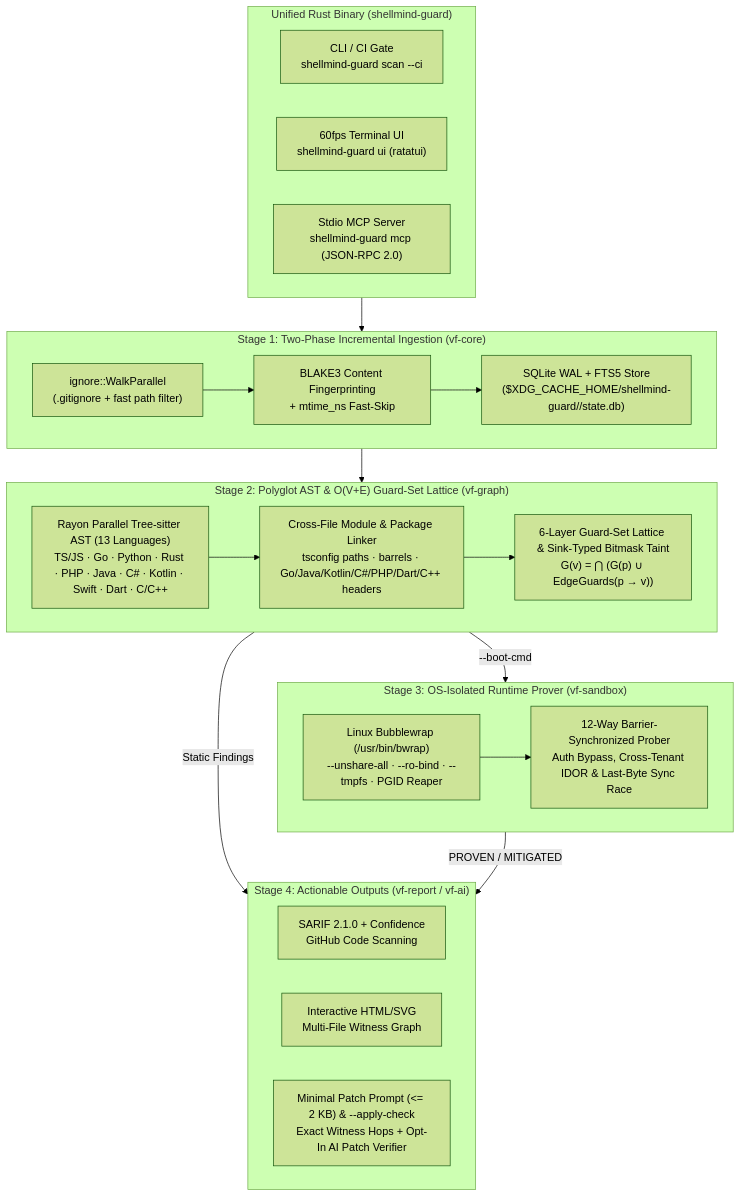
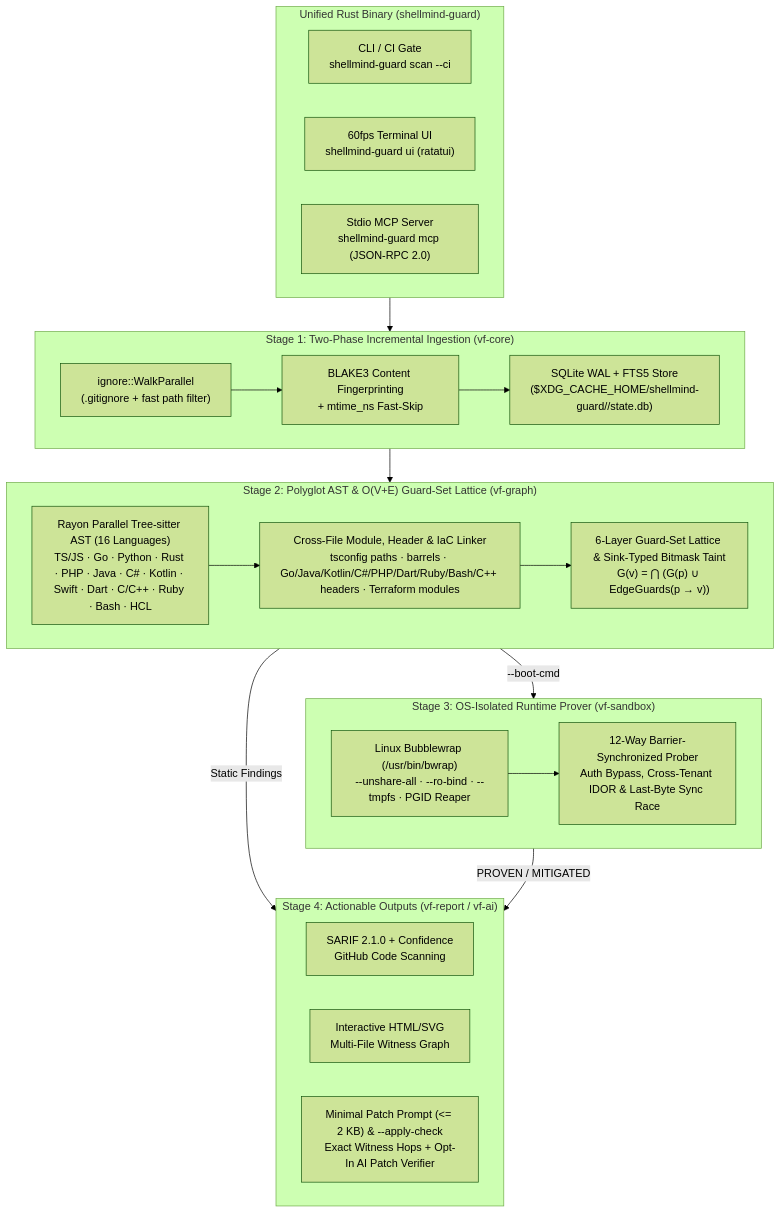
The diagram in README.md (qira-dev/ShellMind-Guard), drawn with Mermaid (forest theme) before and after one commit. The commit also changed other lines of this file and 13 other files, not shown here.

Commit message:
feat(phase8): add Ruby, Bash, and Terraform/HCL AST extractors

````diff
--- a/README.md
+++ b/README.md
@@ -43,39 +43,39 @@
 ```mermaid
 flowchart TD
     subgraph CLI["Unified Rust Binary (shellmind-guard)"]
         A1["CLI / CI Gate\nshellmind-guard scan --ci"]
         A2["60fps Terminal UI\nshellmind-guard ui (ratatui)"]
         A3["Stdio MCP Server\nshellmind-guard mcp (JSON-RPC 2.0)"]
     end
 
     subgraph S1["Stage 1: Two-Phase Incremental Ingestion (vf-core)"]
         B1["ignore::WalkParallel\n(.gitignore + fast path filter)"]
         B2["BLAKE3 Content Fingerprinting\n+ mtime_ns Fast-Skip"]
         B3["SQLite WAL + FTS5 Store\n($XDG_CACHE_HOME/shellmind-guard/<hash>/state.db)"]
         B1 --> B2 --> B3
     end
 
     subgraph S2["Stage 2: Polyglot AST & O(V+E) Guard-Set Lattice (vf-graph)"]
-        C1["Rayon Parallel Tree-sitter AST (13 Languages)\nTS/JS · Go · Python · Rust · PHP · Java · C# · Kotlin · Swift · Dart · C/C++"]
-        C2["Cross-File Module & Package Linker\ntsconfig paths · barrels · Go/Java/Kotlin/C#/PHP/Dart/C++ headers"]
+        C1["Rayon Parallel Tree-sitter AST (16 Languages)\nTS/JS · Go · Python · Rust · PHP · Java · C# · Kotlin · Swift · Dart · C/C++ · Ruby · Bash · HCL"]
+        C2["Cross-File Module, Header & IaC Linker\ntsconfig paths · barrels · Go/Java/Kotlin/C#/PHP/Dart/Ruby/Bash/C++ headers · Terraform modules"]
         C3["6-Layer Guard-Set Lattice & Sink-Typed Bitmask Taint\nG(v) = ⋂ (G(p) ∪ EdgeGuards(p → v))"]
         C1 --> C2 --> C3
     end
 
     subgraph S3["Stage 3: OS-Isolated Runtime Prover (vf-sandbox)"]
         D1["Linux Bubblewrap (/usr/bin/bwrap)\n--unshare-all · --ro-bind · --tmpfs · PGID Reaper"]
         D2["12-Way Barrier-Synchronized Prober\nAuth Bypass, Cross-Tenant IDOR & Last-Byte Sync Race"]
         D1 --> D2
     end
 
     subgraph S4["Stage 4: Actionable Outputs (vf-report / vf-ai)"]
         E1["SARIF 2.1.0 + Confidence\nGitHub Code Scanning"]
         E2["Interactive HTML/SVG\nMulti-File Witness Graph"]
         E3["Minimal Patch Prompt (<= 2 KB) & --apply-check\nExact Witness Hops + Opt-In AI Patch Verifier"]
     end
 
     CLI --> S1 --> S2
     S2 -->|"Static Findings"| S4
     S2 -->|"--boot-cmd"| S3
     S3 -->|"PROVEN / MITIGATED"| S4
 ```
````
